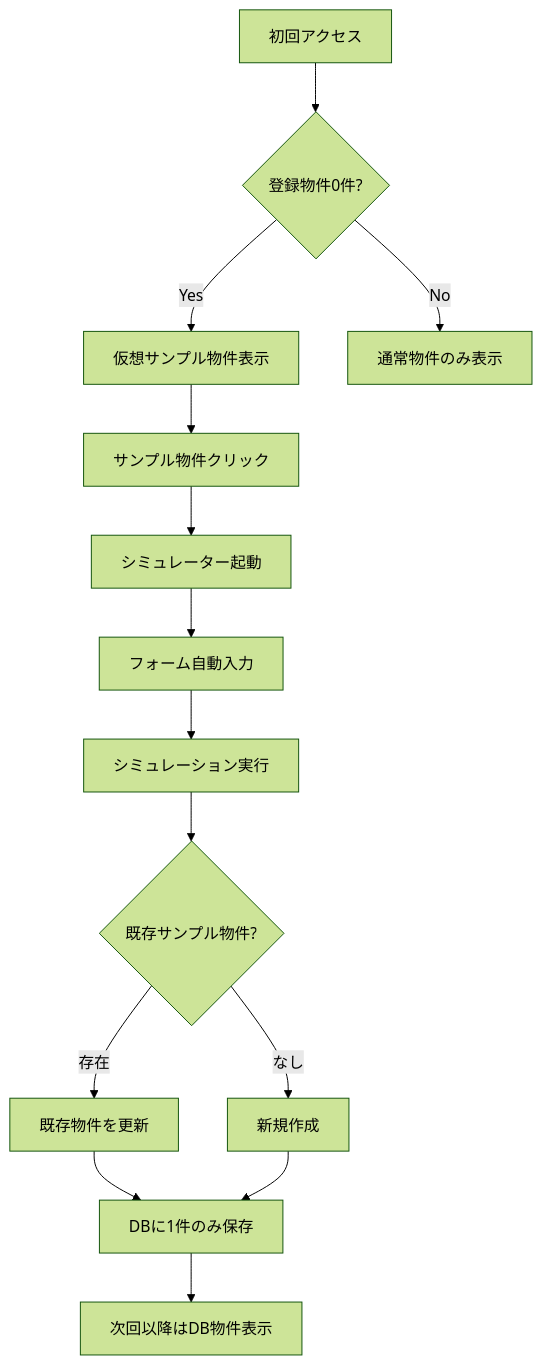
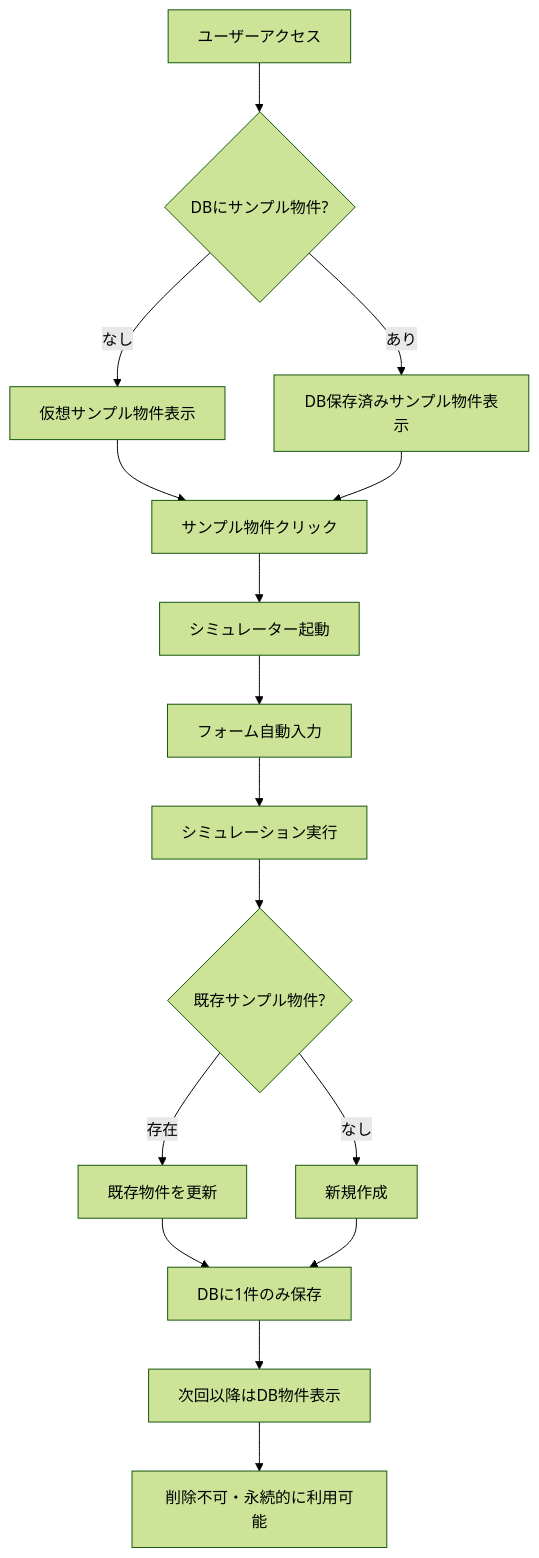
The diagram in docs_md/06_シミュレーター機能/サンプル物件機能仕様書_0911_1.md (startup-test-test/real-estate-app), drawn with Mermaid (forest theme) before and after one commit. The commit also changed other lines of this file and 2 other files, not shown here.

````diff
--- a/docs_md/06_シミュレーター機能/サンプル物件機能仕様書_0911_1.md
+++ b/docs_md/06_シミュレーター機能/サンプル物件機能仕様書_0911_1.md
@@ -118,16 +120,18 @@
 ```mermaid
 graph TD
-    A[初回アクセス] --> B{登録物件0件?}
-    B -->|Yes| C[仮想サンプル物件表示]
-    B -->|No| D[通常物件のみ表示]
+    A[ユーザーアクセス] --> B{DBにサンプル物件?}
+    B -->|なし| C[仮想サンプル物件表示]
+    B -->|あり| D[DB保存済みサンプル物件表示]
     C --> E[サンプル物件クリック]
+    D --> E
     E --> F[シミュレーター起動]
     F --> G[フォーム自動入力]
     G --> H[シミュレーション実行]
     H --> I{既存サンプル物件?}
     I -->|存在| J[既存物件を更新]
     I -->|なし| K[新規作成]
     J --> L[DBに1件のみ保存]
     K --> L
     L --> M[次回以降はDB物件表示]
+    M --> N[削除不可・永続的に利用可能]
 ```
````
